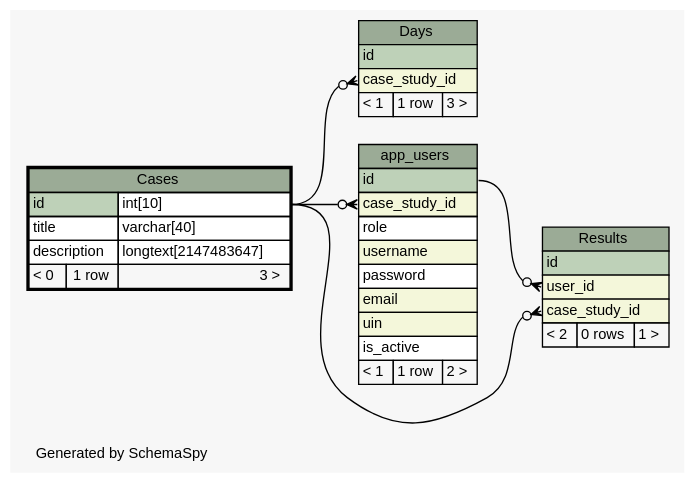
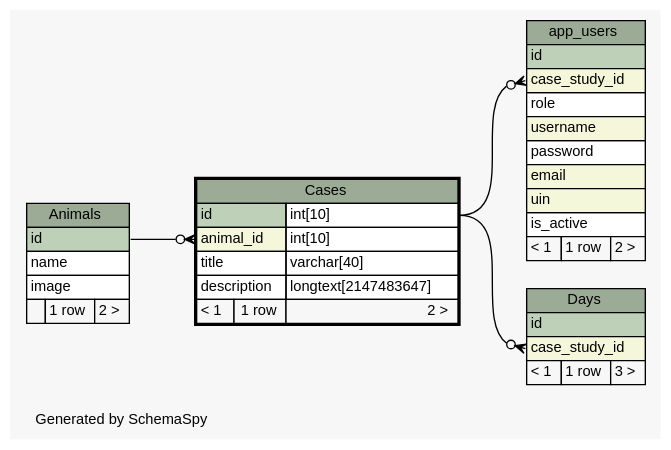
Before and after one commit to carrel2/CaseStudies: the diagram in web/files/schema/diagrams/Cases.1degree.dot, drawn with Graphviz. The commit also changed 262 other files, not shown here.

```diff
--- a/web/files/schema/diagrams/Cases.1degree.dot
+++ b/web/files/schema/diagrams/Cases.1degree.dot
@@ -1,78 +1,78 @@
-// dot 2.38.0 on Linux 4.4.0-66-generic
+// dot 2.38.0 on Linux 4.4.0-67-generic
 // SchemaSpy rev 590
 digraph "oneDegreeRelationshipsDiagram" {
   graph [
     rankdir="RL"
     bgcolor="#f7f7f7"
     label="\nGenerated by SchemaSpy"
     labeljust="l"
     nodesep="0.18"
     ranksep="0.46"
     fontname="Helvetica"
     fontsize="11"
   ];
   node [
     fontname="Helvetica"
     fontsize="11"
     shape="plaintext"
   ];
   edge [
     arrowsize="0.8"
   ];
   "app_users":"case_study_id":w -> "Cases":"id.type":e [arrowhead=none dir=back arrowtail=crowodot];
+  "Cases":"animal_id":w -> "Animals":"id":e [arrowhead=none dir=back arrowtail=crowodot];
   "Days":"case_study_id":w -> "Cases":"id.type":e [arrowhead=none dir=back arrowtail=crowodot];
-  "Results":"case_study_id":w -> "Cases":"id.type":e [arrowhead=none dir=back arrowtail=crowodot];
-  "Results":"user_id":w -> "app_users":"id":e [arrowhead=none dir=back arrowtail=crowodot];
+  "Animals" [
+    label=<
+    <TABLE BORDER="0" CELLBORDER="1" CELLSPACING="0" BGCOLOR="#ffffff">
+      <TR><TD COLSPAN="3" BGCOLOR="#9bab96" ALIGN="CENTER">Animals</TD></TR>
+      <TR><TD PORT="id" COLSPAN="3" BGCOLOR="#bed1b8" ALIGN="LEFT">id</TD></TR>
+      <TR><TD PORT="name" COLSPAN="3" ALIGN="LEFT">name</TD></TR>
+      <TR><TD PORT="image" COLSPAN="3" ALIGN="LEFT">image</TD></TR>
+      <TR><TD ALIGN="LEFT" BGCOLOR="#f7f7f7">  </TD><TD ALIGN="RIGHT" BGCOLOR="#f7f7f7">1 row</TD><TD ALIGN="RIGHT" BGCOLOR="#f7f7f7">2 &gt;</TD></TR>
+    </TABLE>>
+    URL="Animals.html"
+    tooltip="Animals"
+  ];
   "app_users" [
     label=<
     <TABLE BORDER="0" CELLBORDER="1" CELLSPACING="0" BGCOLOR="#ffffff">
       <TR><TD COLSPAN="3" BGCOLOR="#9bab96" ALIGN="CENTER">app_users</TD></TR>
       <TR><TD PORT="id" COLSPAN="3" BGCOLOR="#bed1b8" ALIGN="LEFT">id</TD></TR>
       <TR><TD PORT="case_study_id" COLSPAN="3" BGCOLOR="#f4f7da" ALIGN="LEFT">case_study_id</TD></TR>
       <TR><TD PORT="role" COLSPAN="3" ALIGN="LEFT">role</TD></TR>
       <TR><TD PORT="username" COLSPAN="3" BGCOLOR="#f4f7da" ALIGN="LEFT">username</TD></TR>
       <TR><TD PORT="password" COLSPAN="3" ALIGN="LEFT">password</TD></TR>
       <TR><TD PORT="email" COLSPAN="3" BGCOLOR="#f4f7da" ALIGN="LEFT">email</TD></TR>
       <TR><TD PORT="uin" COLSPAN="3" BGCOLOR="#f4f7da" ALIGN="LEFT">uin</TD></TR>
       <TR><TD PORT="is_active" COLSPAN="3" ALIGN="LEFT">is_active</TD></TR>
       <TR><TD ALIGN="LEFT" BGCOLOR="#f7f7f7">&lt; 1</TD><TD ALIGN="RIGHT" BGCOLOR="#f7f7f7">1 row</TD><TD ALIGN="RIGHT" BGCOLOR="#f7f7f7">2 &gt;</TD></TR>
     </TABLE>>
     URL="app_users.html"
     tooltip="app_users"
   ];
   "Cases" [
     label=<
     <TABLE BORDER="2" CELLBORDER="1" CELLSPACING="0" BGCOLOR="#ffffff">
       <TR><TD COLSPAN="3" BGCOLOR="#9bab96" ALIGN="CENTER">Cases</TD></TR>
       <TR><TD PORT="id" COLSPAN="2" BGCOLOR="#bed1b8" ALIGN="LEFT">id</TD><TD PORT="id.type" ALIGN="LEFT">int[10]</TD></TR>
+      <TR><TD PORT="animal_id" COLSPAN="2" BGCOLOR="#f4f7da" ALIGN="LEFT">animal_id</TD><TD PORT="animal_id.type" ALIGN="LEFT">int[10]</TD></TR>
       <TR><TD PORT="title" COLSPAN="2" ALIGN="LEFT">title</TD><TD PORT="title.type" ALIGN="LEFT">varchar[40]</TD></TR>
       <TR><TD PORT="description" COLSPAN="2" ALIGN="LEFT">description</TD><TD PORT="description.type" ALIGN="LEFT">longtext[2147483647]</TD></TR>
-      <TR><TD ALIGN="LEFT" BGCOLOR="#f7f7f7">&lt; 0</TD><TD ALIGN="RIGHT" BGCOLOR="#f7f7f7">1 row</TD><TD ALIGN="RIGHT" BGCOLOR="#f7f7f7">3 &gt;</TD></TR>
+      <TR><TD ALIGN="LEFT" BGCOLOR="#f7f7f7">&lt; 1</TD><TD ALIGN="RIGHT" BGCOLOR="#f7f7f7">1 row</TD><TD ALIGN="RIGHT" BGCOLOR="#f7f7f7">2 &gt;</TD></TR>
     </TABLE>>
     URL="Cases.html"
     tooltip="Cases"
   ];
   "Days" [
     label=<
     <TABLE BORDER="0" CELLBORDER="1" CELLSPACING="0" BGCOLOR="#ffffff">
       <TR><TD COLSPAN="3" BGCOLOR="#9bab96" ALIGN="CENTER">Days</TD></TR>
       <TR><TD PORT="id" COLSPAN="3" BGCOLOR="#bed1b8" ALIGN="LEFT">id</TD></TR>
       <TR><TD PORT="case_study_id" COLSPAN="3" BGCOLOR="#f4f7da" ALIGN="LEFT">case_study_id</TD></TR>
       <TR><TD ALIGN="LEFT" BGCOLOR="#f7f7f7">&lt; 1</TD><TD ALIGN="RIGHT" BGCOLOR="#f7f7f7">1 row</TD><TD ALIGN="RIGHT" BGCOLOR="#f7f7f7">3 &gt;</TD></TR>
     </TABLE>>
     URL="Days.html"
     tooltip="Days"
   ];
-  "Results" [
-    label=<
-    <TABLE BORDER="0" CELLBORDER="1" CELLSPACING="0" BGCOLOR="#ffffff">
-      <TR><TD COLSPAN="3" BGCOLOR="#9bab96" ALIGN="CENTER">Results</TD></TR>
-      <TR><TD PORT="id" COLSPAN="3" BGCOLOR="#bed1b8" ALIGN="LEFT">id</TD></TR>
-      <TR><TD PORT="user_id" COLSPAN="3" BGCOLOR="#f4f7da" ALIGN="LEFT">user_id</TD></TR>
-      <TR><TD PORT="case_study_id" COLSPAN="3" BGCOLOR="#f4f7da" ALIGN="LEFT">case_study_id</TD></TR>
-      <TR><TD ALIGN="LEFT" BGCOLOR="#f7f7f7">&lt; 2</TD><TD ALIGN="RIGHT" BGCOLOR="#f7f7f7">0 rows</TD><TD ALIGN="RIGHT" BGCOLOR="#f7f7f7">1 &gt;</TD></TR>
-    </TABLE>>
-    URL="Results.html"
-    tooltip="Results"
-  ];
 }
```
